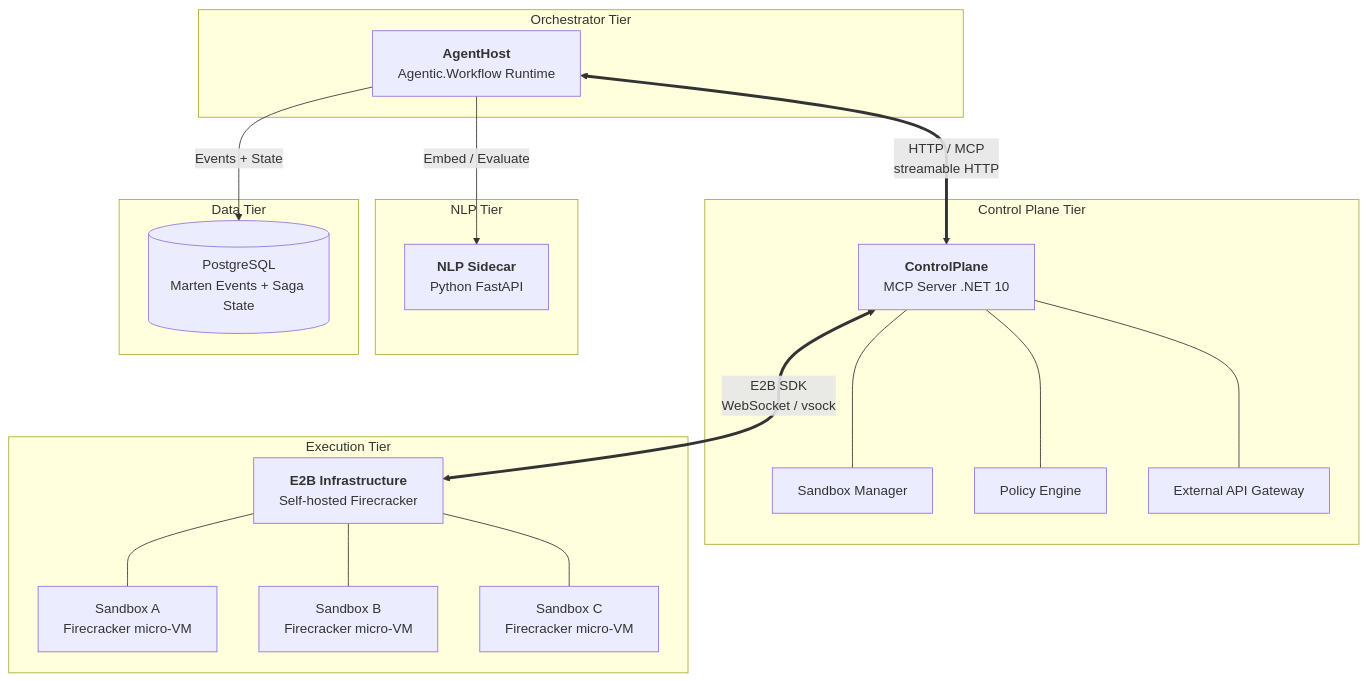
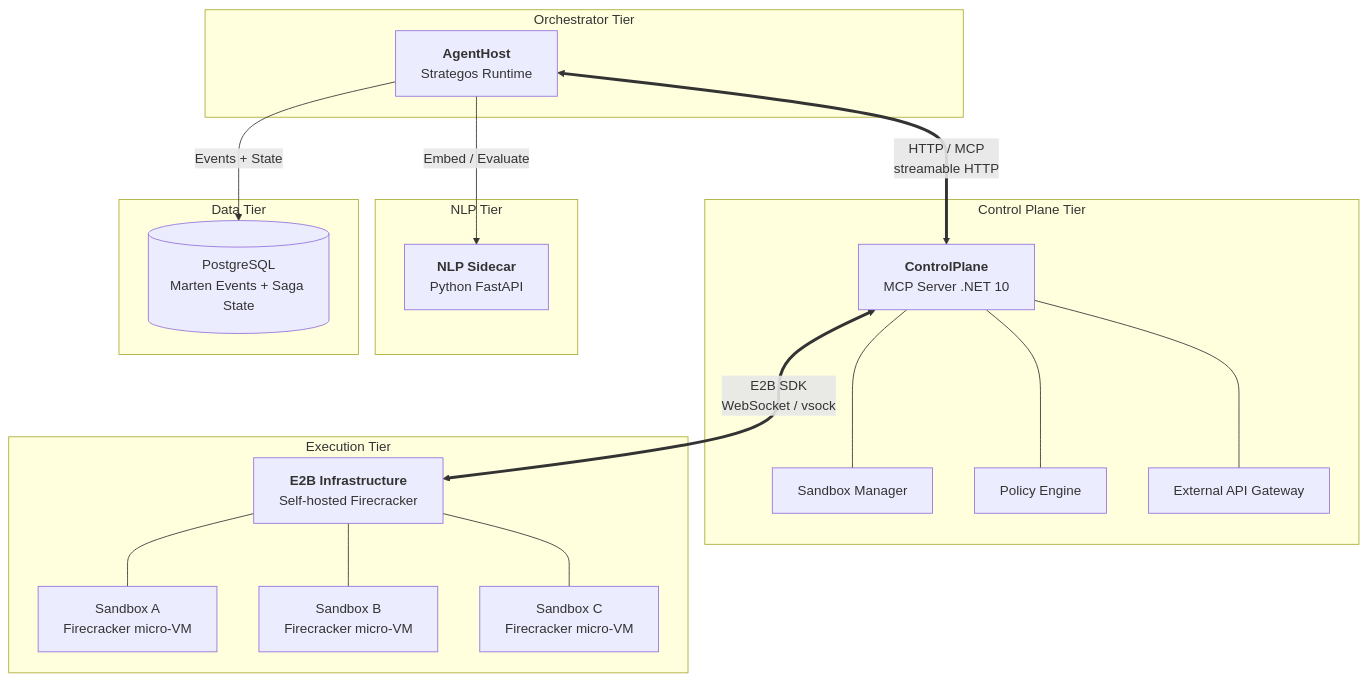
Before and after one commit to lvlup-sw/agentic-workflow: the fifth of 6 diagrams in docs/reference/platform-architecture.md, drawn with Mermaid. The commit also changed other lines of this file and 12 other files, not shown here.

First line of the commit message:
chore: rename remaining Agentic.Workflow references and prepare ontology packages for publish

````diff
--- a/docs/reference/platform-architecture.md
+++ b/docs/reference/platform-architecture.md
@@ -2285,44 +2285,44 @@
 ```mermaid
 graph TD
     subgraph "Orchestrator Tier"
-        AH[<b>AgentHost</b><br/>Agentic.Workflow Runtime]
+        AH[<b>AgentHost</b><br/>Strategos Runtime]
     end
 
     subgraph "Control Plane Tier"
         CP[<b>ControlPlane</b><br/>MCP Server .NET 10]
         SM[Sandbox Manager]
         PE[Policy Engine]
         GW[External API Gateway]
         CP --- SM
         CP --- PE
         CP --- GW
     end
 
     subgraph "Execution Tier"
         E2B[<b>E2B Infrastructure</b><br/>Self-hosted Firecracker]
         SB_A[Sandbox A<br/>Firecracker micro-VM]
         SB_B[Sandbox B<br/>Firecracker micro-VM]
         SB_C[Sandbox C<br/>Firecracker micro-VM]
         E2B --- SB_A
         E2B --- SB_B
         E2B --- SB_C
     end
 
     subgraph "NLP Tier"
         NLP[<b>NLP Sidecar</b><br/>Python FastAPI]
     end
 
     subgraph "Data Tier"
         PG[(PostgreSQL<br/>Marten Events + Saga State)]
     end
 
     %% Network Flow
     AH <==>|HTTP / MCP<br/>streamable HTTP| CP
     CP <==>|E2B SDK<br/>WebSocket / vsock| E2B
 
     %% NLP Flow
     AH -->|Embed / Evaluate| NLP
 
     %% Persistence Flow
     AH -->|Events + State| PG
 ```
````
